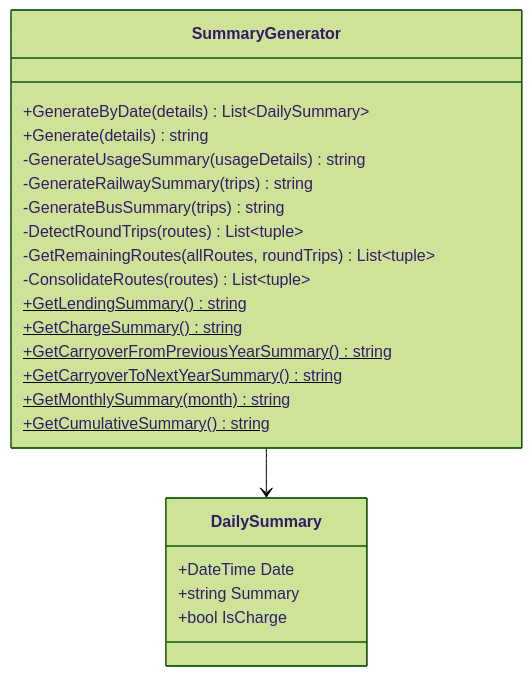
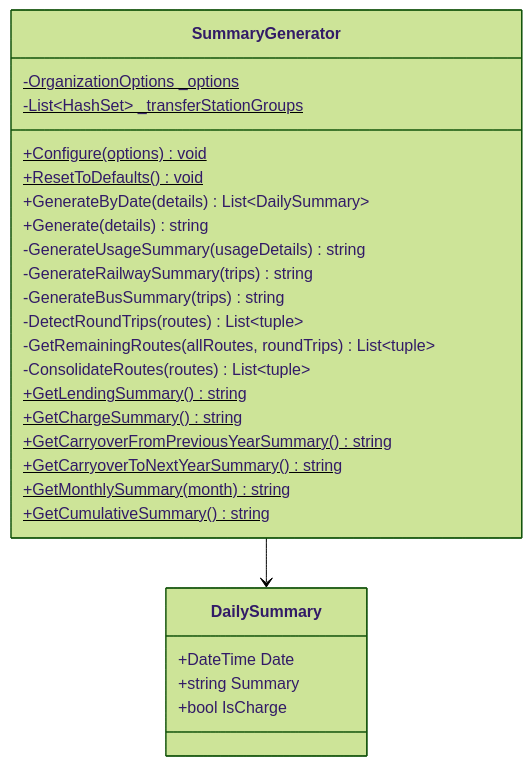
One commit to kuwayamamasayuki/ICCardManager changed the fifth of 36 diagrams in ICCardManager/docs/design/05_クラス設計書.md. Above: the diagram before and after it, drawn with Mermaid (forest theme). The commit also changed other lines of this file, not shown here.

First line of the commit message:
docs: クラス設計書にOrganizationOptionsを追加し、Configure()メソッドを反映

````diff
--- a/ICCardManager/docs/design/05_クラス設計書.md
+++ b/ICCardManager/docs/design/05_クラス設計書.md
@@ -356,27 +357,31 @@
 ```mermaid
 classDiagram
     class SummaryGenerator {
+        -OrganizationOptions _options$
+        -List~HashSet~ _transferStationGroups$
+        +Configure(options)$ void
+        +ResetToDefaults()$ void
         +GenerateByDate(details) List~DailySummary~
         +Generate(details) string
         -GenerateUsageSummary(usageDetails) string
         -GenerateRailwaySummary(trips) string
         -GenerateBusSummary(trips) string
         -DetectRoundTrips(routes) List~tuple~
         -GetRemainingRoutes(allRoutes, roundTrips) List~tuple~
         -ConsolidateRoutes(routes) List~tuple~
         +GetLendingSummary()$ string
         +GetChargeSummary()$ string
         +GetCarryoverFromPreviousYearSummary()$ string
         +GetCarryoverToNextYearSummary()$ string
         +GetMonthlySummary(month)$ string
         +GetCumulativeSummary()$ string
     }
 
     class DailySummary {
         +DateTime Date
         +string Summary
         +bool IsCharge
     }
 
     SummaryGenerator --> DailySummary
 ```
````
